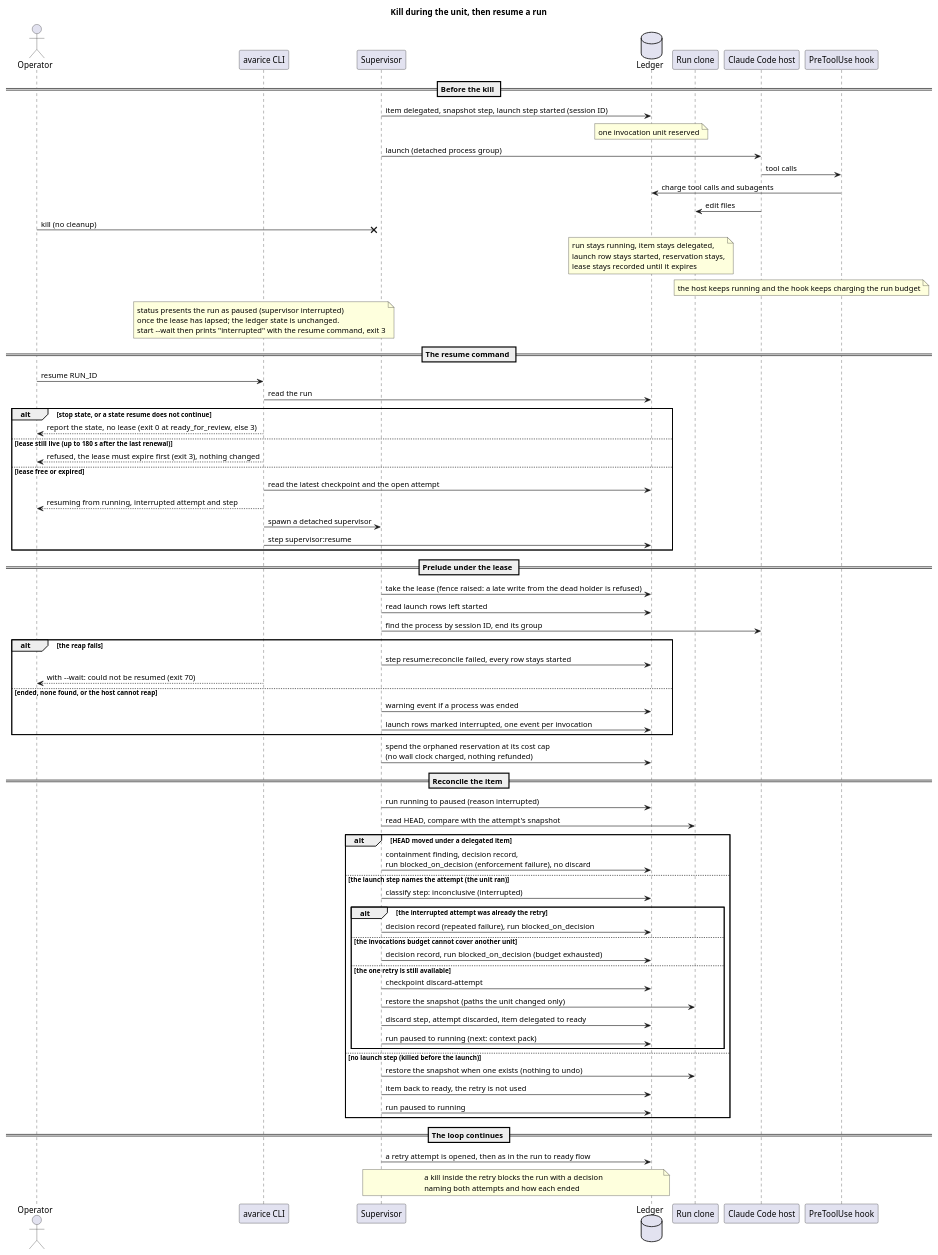
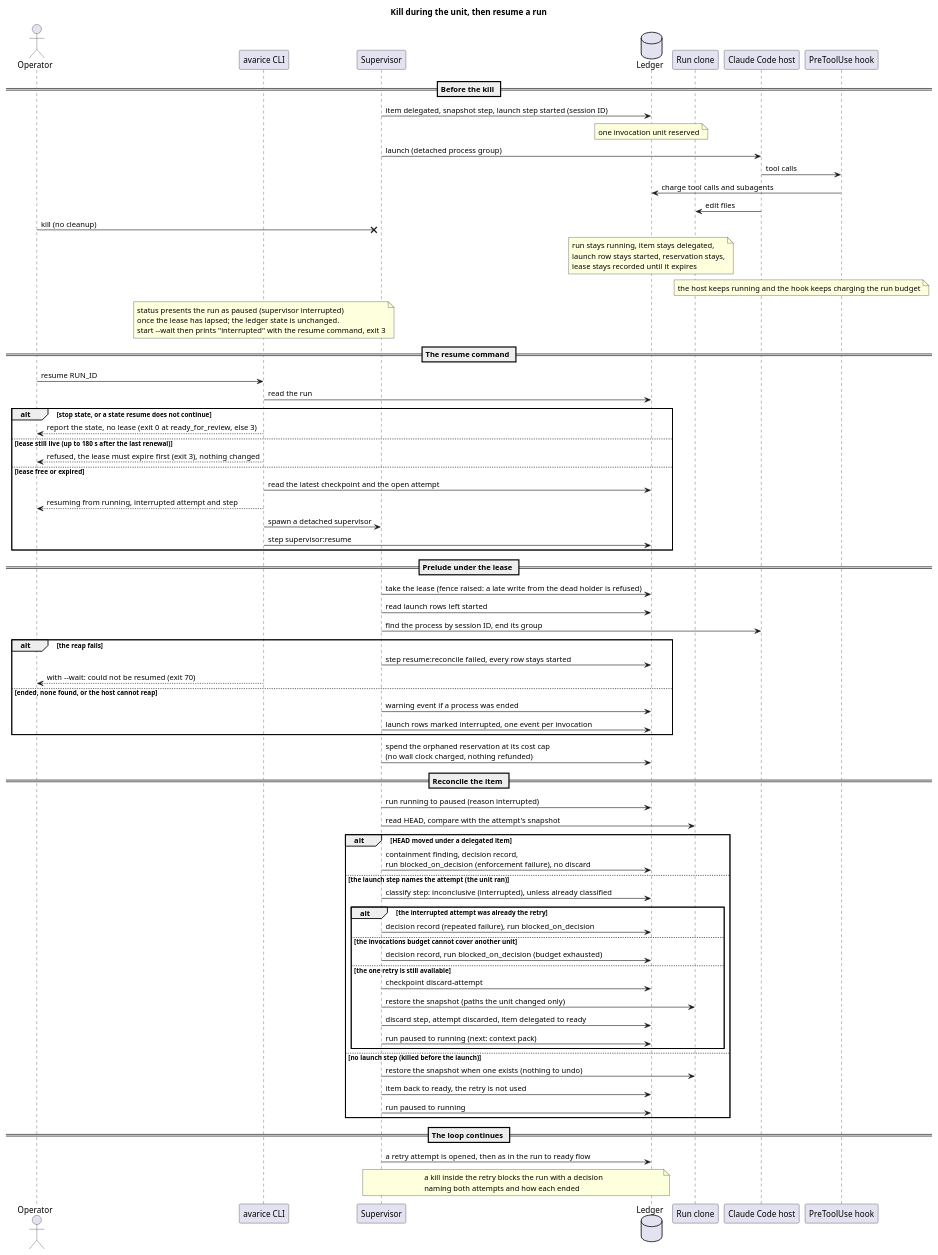
One commit to aa-phan/avarice changed the diagram in docs/system/diagrams/run-resume-after-kill.puml. Above: the diagram before and after it, drawn with PlantUML. The commit also changed 33 other files, not shown here.

```diff
--- a/docs/system/diagrams/run-resume-after-kill.puml
+++ b/docs/system/diagrams/run-resume-after-kill.puml
@@ -1,77 +1,77 @@
 @startuml
 title Kill during the unit, then resume a run
 
 actor Operator
 participant "avarice CLI" as CLI
 participant Supervisor
 database Ledger
 participant "Run clone" as Clone
 participant "Claude Code host" as Host
 participant "PreToolUse hook" as Hook
 
 == Before the kill ==
 Supervisor -> Ledger : item delegated, snapshot step, launch step started (session ID)
 note over Ledger : one invocation unit reserved
 Supervisor -> Host : launch (detached process group)
 Host -> Hook : tool calls
 Hook -> Ledger : charge tool calls and subagents
 Host -> Clone : edit files
 Operator ->x Supervisor : kill (no cleanup)
 note over Ledger : run stays running, item stays delegated,\nlaunch row stays started, reservation stays,\nlease stays recorded until it expires
 note over Host, Hook : the host keeps running and the hook keeps charging the run budget
 note over CLI : status presents the run as paused (supervisor interrupted)\nonce the lease has lapsed; the ledger state is unchanged.\nstart --wait then prints "interrupted" with the resume command, exit 3
 
 == The resume command ==
 Operator -> CLI : resume RUN_ID
 CLI -> Ledger : read the run
 alt stop state, or a state resume does not continue
   CLI --> Operator : report the state, no lease (exit 0 at ready_for_review, else 3)
 else lease still live (up to 180 s after the last renewal)
   CLI --> Operator : refused, the lease must expire first (exit 3), nothing changed
 else lease free or expired
   CLI -> Ledger : read the latest checkpoint and the open attempt
   CLI --> Operator : resuming from running, interrupted attempt and step
   CLI -> Supervisor : spawn a detached supervisor
   CLI -> Ledger : step supervisor:resume
 end
 
 == Prelude under the lease ==
 Supervisor -> Ledger : take the lease (fence raised: a late write from the dead holder is refused)
 Supervisor -> Ledger : read launch rows left started
 Supervisor -> Host : find the process by session ID, end its group
 alt the reap fails
   Supervisor -> Ledger : step resume:reconcile failed, every row stays started
   CLI --> Operator : with --wait: could not be resumed (exit 70)
 else ended, none found, or the host cannot reap
   Supervisor -> Ledger : warning event if a process was ended
   Supervisor -> Ledger : launch rows marked interrupted, one event per invocation
 end
 Supervisor -> Ledger : spend the orphaned reservation at its cost cap\n(no wall clock charged, nothing refunded)
 
 == Reconcile the item ==
 Supervisor -> Ledger : run running to paused (reason interrupted)
 Supervisor -> Clone : read HEAD, compare with the attempt's snapshot
 alt HEAD moved under a delegated item
   Supervisor -> Ledger : containment finding, decision record,\nrun blocked_on_decision (enforcement failure), no discard
 else the launch step names the attempt (the unit ran)
-  Supervisor -> Ledger : classify step: inconclusive (interrupted)
+  Supervisor -> Ledger : classify step: inconclusive (interrupted), unless already classified
   alt the interrupted attempt was already the retry
     Supervisor -> Ledger : decision record (repeated failure), run blocked_on_decision
   else the invocations budget cannot cover another unit
     Supervisor -> Ledger : decision record, run blocked_on_decision (budget exhausted)
   else the one retry is still available
     Supervisor -> Ledger : checkpoint discard-attempt
     Supervisor -> Clone : restore the snapshot (paths the unit changed only)
     Supervisor -> Ledger : discard step, attempt discarded, item delegated to ready
     Supervisor -> Ledger : run paused to running (next: context pack)
   end
 else no launch step (killed before the launch)
   Supervisor -> Clone : restore the snapshot when one exists (nothing to undo)
   Supervisor -> Ledger : item back to ready, the retry is not used
   Supervisor -> Ledger : run paused to running
 end
 
 == The loop continues ==
 Supervisor -> Ledger : a retry attempt is opened, then as in the run to ready flow
 note over Supervisor, Ledger : a kill inside the retry blocks the run with a decision\nnaming both attempts and how each ended
 @enduml
```
